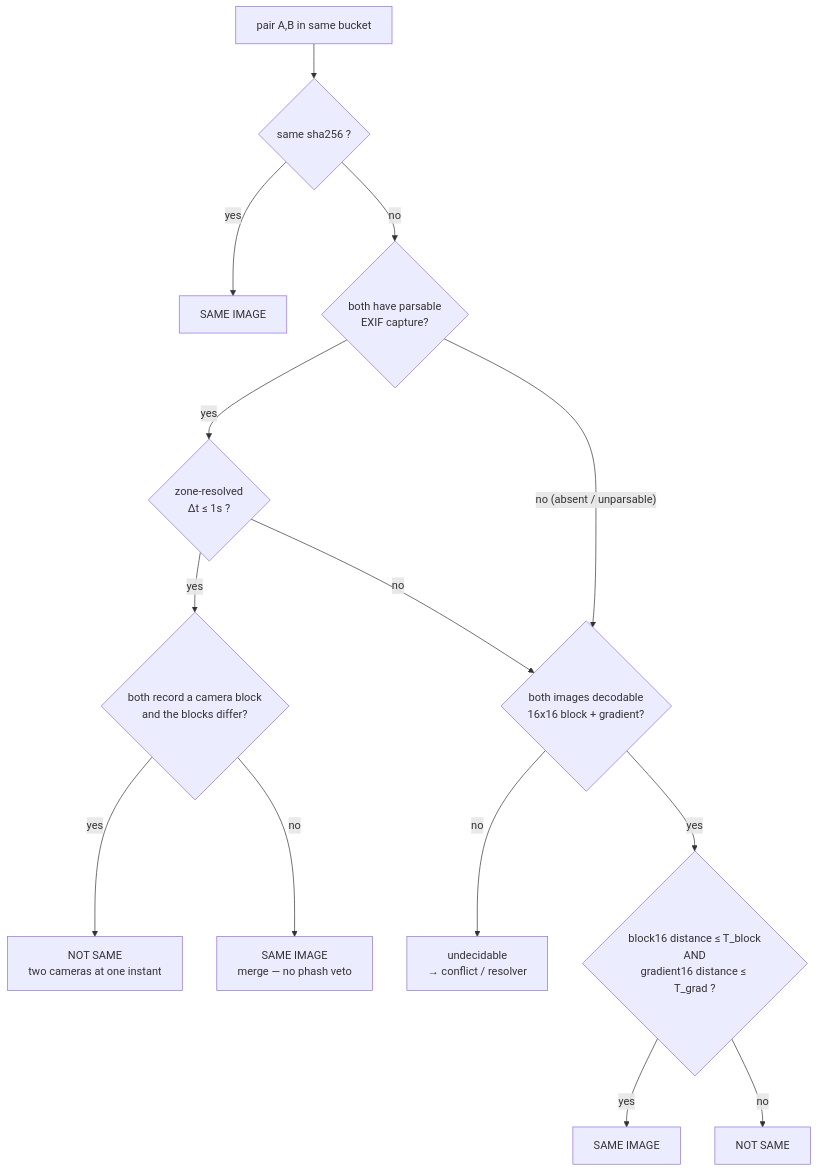
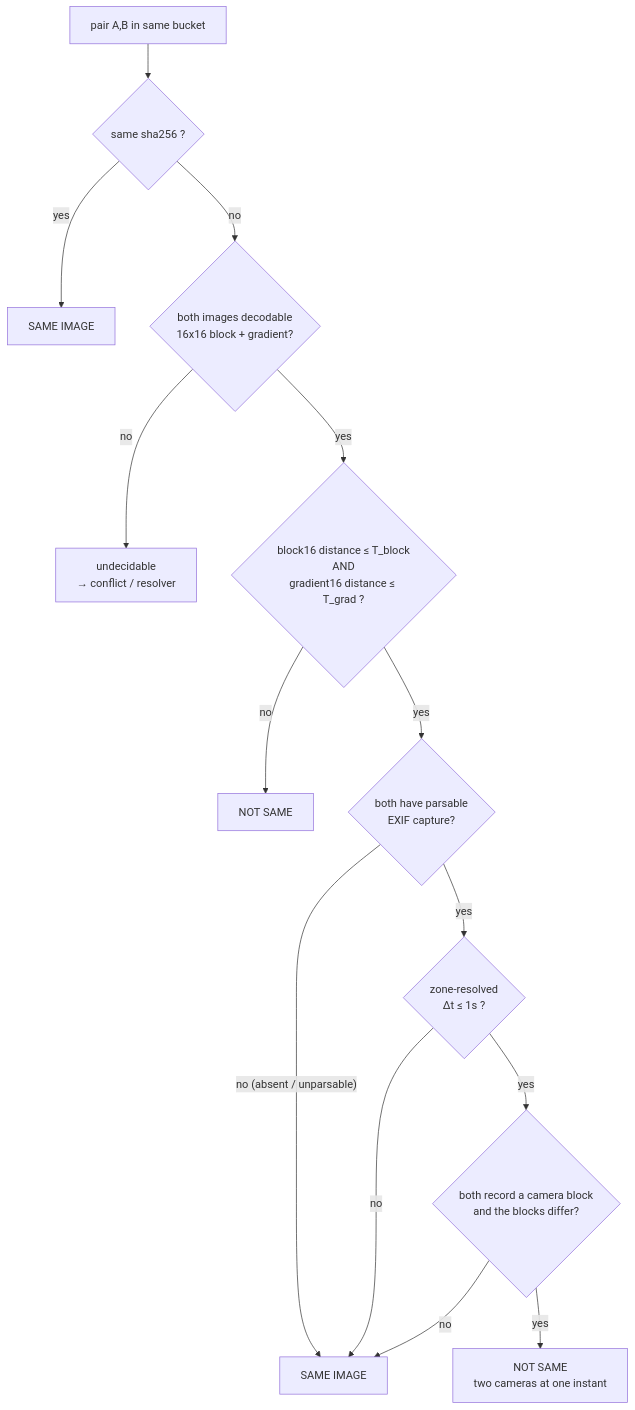
Before and after one commit to ImoStocky/photo-library-repair: the second of 2 diagrams in docs/identity-decision-graph.md, drawn with Mermaid. The commit also changed other lines of this file and 8 other files, not shown here.

````diff
--- a/docs/identity-decision-graph.md
+++ b/docs/identity-decision-graph.md
@@ -83,18 +85,16 @@
 ```mermaid
 flowchart TD
     START[pair A,B in same bucket] --> Q0{same sha256 ?}
     Q0 -- yes --> SAME0[SAME IMAGE]
-    Q0 -- no --> Q1{both have parsable<br/>EXIF capture?}
-
+    Q0 -- no --> Q3{both images decodable<br/>16x16 block + gradient?}
+    Q3 -- no --> UNDECIDABLE[undecidable<br/>→ conflict / resolver]
+    Q3 -- yes --> Q4{block16 distance ≤ T_block<br/>AND<br/>gradient16 distance ≤ T_grad ?}
+    Q4 -- no --> DIFF2[NOT SAME]
+    Q4 -- yes --> Q1{both have parsable<br/>EXIF capture?}
+    Q1 -- "no (absent / unparsable)" --> SAME1[SAME IMAGE]
     Q1 -- yes --> Q2{zone-resolved<br/>Δt ≤ 1s ?}
+    Q2 -- no --> SAME1
     Q2 -- yes --> Q5{both record a camera block<br/>and the blocks differ?}
     Q5 -- yes --> DIFF1[NOT SAME<br/>two cameras at one instant]
-    Q5 -- no --> SAME1[SAME IMAGE<br/>merge — no phash veto]
-    Q2 -- no --> Q3{both images decodable<br/>16x16 block + gradient?}
-
-    Q1 -- "no (absent / unparsable)" --> Q3
-    Q3 -- no --> UNDECIDABLE[undecidable<br/>→ conflict / resolver]
-    Q3 -- yes --> Q4{block16 distance ≤ T_block<br/>AND<br/>gradient16 distance ≤ T_grad ?}
-    Q4 -- yes --> SAME2[SAME IMAGE]
-    Q4 -- no --> DIFF2[NOT SAME]
+    Q5 -- no --> SAME1
 ```
````
